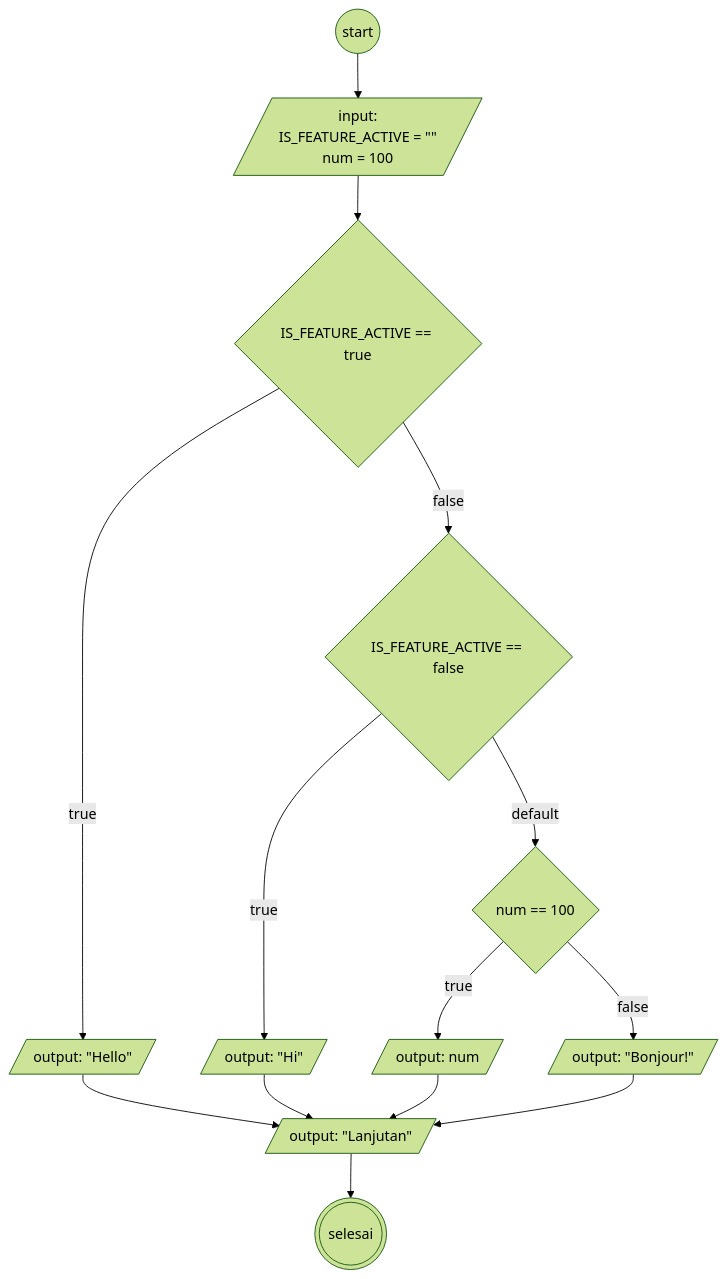
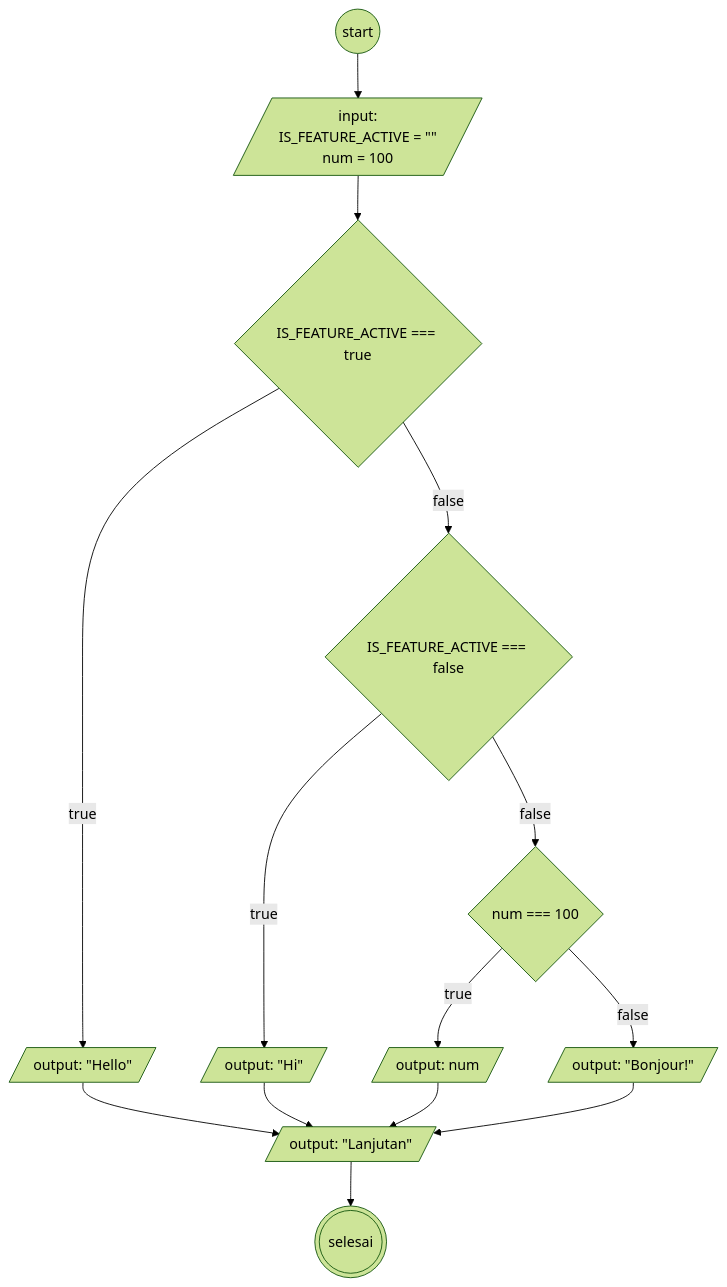
The diagram in flowchart-switch.md (mslthn/koda-b6-javascript1), drawn with Mermaid (forest theme) before and after one commit.

````diff
--- a/flowchart-switch.md
+++ b/flowchart-switch.md
@@ -1,32 +1,32 @@
 ```mermaid
 flowchart TD
 
 start@{shape: circ}
 init@{shape: lean-r, label: "input: 
 IS_FEATURE_ACTIVE = #quot;#quot;
 num = 100"}
 
-swT@{shape: diamond, label: "IS_FEATURE_ACTIVE == true"}
-swF@{shape: diamond, label: "IS_FEATURE_ACTIVE == false"}
+swT@{shape: diamond, label: "IS_FEATURE_ACTIVE === true"}
+swF@{shape: diamond, label: "IS_FEATURE_ACTIVE === false"}
 caseT@{shape: lean-r, label: "output: #quot;Hello#quot;"}
 caseF@{shape: lean-r, label: "output: #quot;Hi#quot;"}
 
-if@{shape: diamond, label: "num == 100"}
+if@{shape: diamond, label: "num === 100"}
 ifT@{shape: lean-r, label: "output: num"}
 else@{shape: lean-r, label: "output: #quot;Bonjour!#quot;"}
 lanjutan@{shape: lean-r, label: "output: #quot;Lanjutan#quot;"}
 selesai@{shape: dbl-circ}
 
 start-->init
 init-->swT-->|true| caseT
 swT-->|false| swF
 swF-->|true| caseF
-swF-->|default| if
+swF-->|false| if
 if-->|true| ifT
 if-->|false| else
 caseT-->lanjutan
 caseF-->lanjutan
 ifT--> lanjutan
 else-->lanjutan
 lanjutan-->selesai
 ```
````
